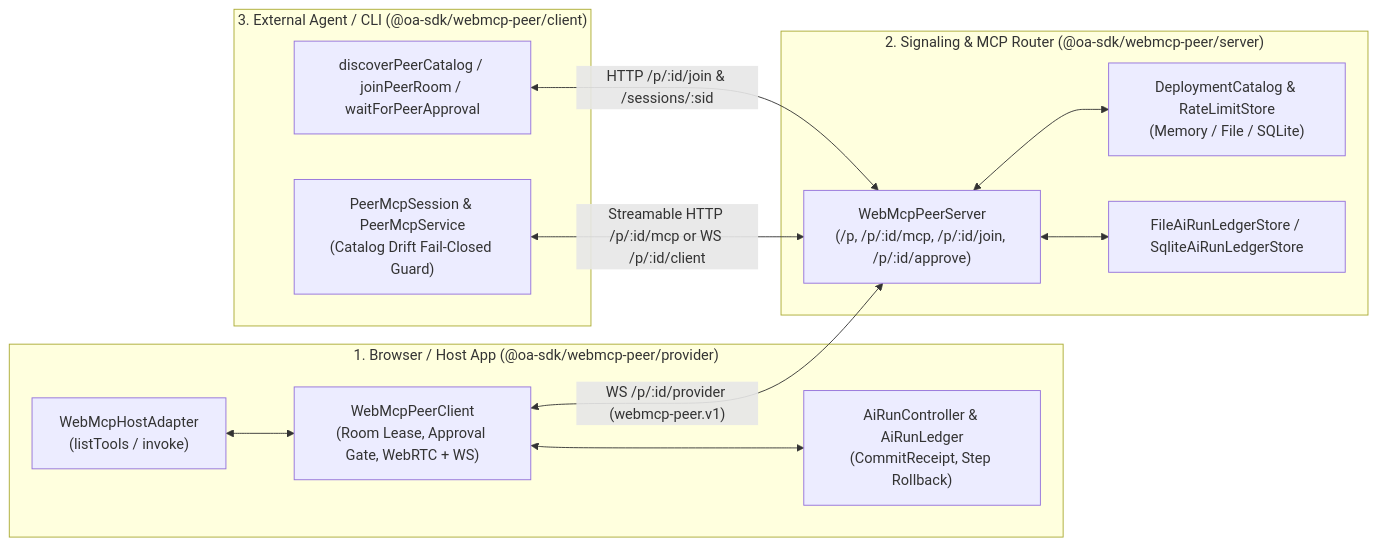
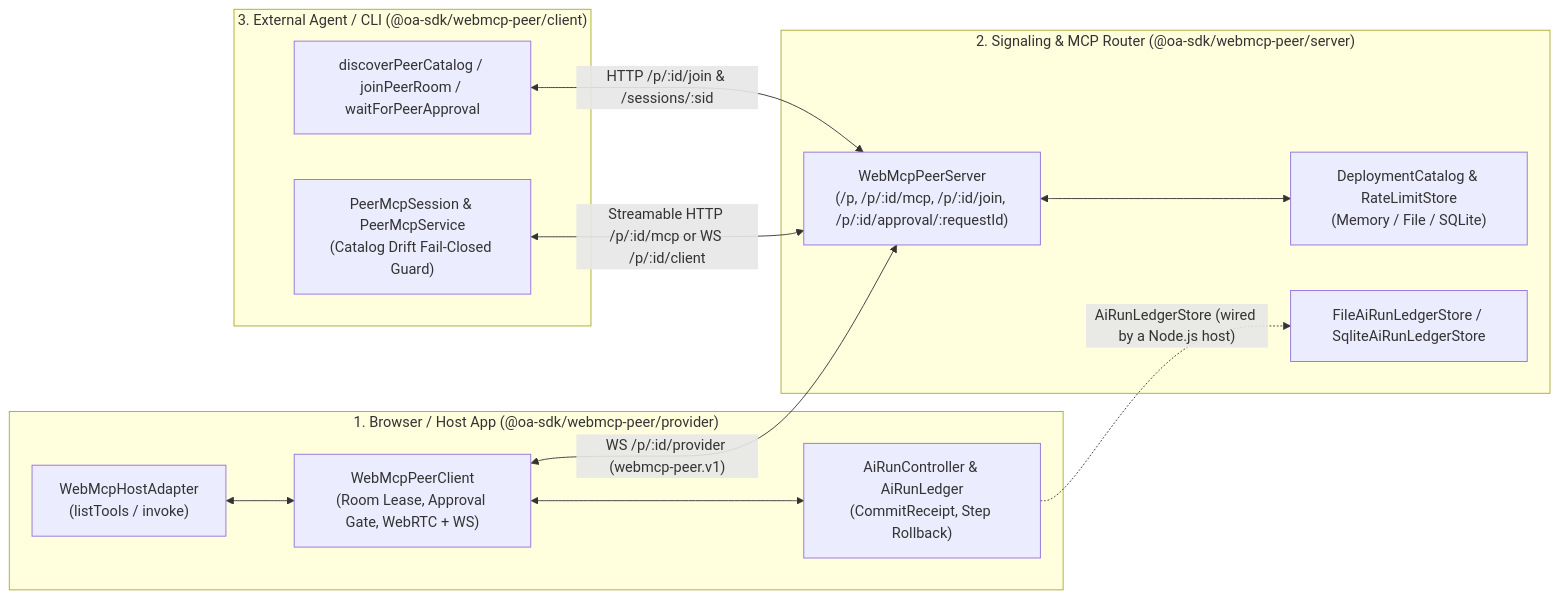
Before and after one commit to mineclover/oa-sdk: the diagram in packages/webmcp-peer/README.md, drawn with Mermaid. The commit also changed other lines of this file and 60 other files, not shown here.

````diff
--- a/packages/webmcp-peer/README.md
+++ b/packages/webmcp-peer/README.md
@@ -12,27 +12,27 @@
 ```mermaid
 flowchart LR
   subgraph HostTier ["1. Browser / Host App (@oa-sdk/webmcp-peer/provider)"]
     HostAdapter["WebMcpHostAdapter<br/>(listTools / invoke)"]
     PeerClient["WebMcpPeerClient<br/>(Room Lease, Approval Gate, WebRTC + WS)"]
     AiLifecycle["AiRunController & AiRunLedger<br/>(CommitReceipt, Step Rollback)"]
   end
 
   subgraph ServerTier ["2. Signaling & MCP Router (@oa-sdk/webmcp-peer/server)"]
-    PeerServer["WebMcpPeerServer<br/>(/p, /p/:id/mcp, /p/:id/join, /p/:id/approve)"]
+    PeerServer["WebMcpPeerServer<br/>(/p, /p/:id/mcp, /p/:id/join, /p/:id/approval/:requestId)"]
     CatalogBoot["DeploymentCatalog & RateLimitStore<br/>(Memory / File / SQLite)"]
     LedgerPersist["FileAiRunLedgerStore / SqliteAiRunLedgerStore"]
   end
 
   subgraph ClientTier ["3. External Agent / CLI (@oa-sdk/webmcp-peer/client)"]
     RoomJoin["discoverPeerCatalog / joinPeerRoom / waitForPeerApproval"]
     McpSession["PeerMcpSession & PeerMcpService<br/>(Catalog Drift Fail-Closed Guard)"]
   end
 
   HostAdapter <--> PeerClient
   PeerClient <--> AiLifecycle
   PeerClient <-->|"WS /p/:id/provider (webmcp-peer.v1)"| PeerServer
   PeerServer <--> CatalogBoot
-  PeerServer <--> LedgerPersist
+  AiLifecycle -.->|"AiRunLedgerStore (wired by a Node.js host)"| LedgerPersist
   RoomJoin <-->|"HTTP /p/:id/join & /sessions/:sid"| PeerServer
   McpSession <-->|"Streamable HTTP /p/:id/mcp or WS /p/:id/client"| PeerServer
 ```
````
